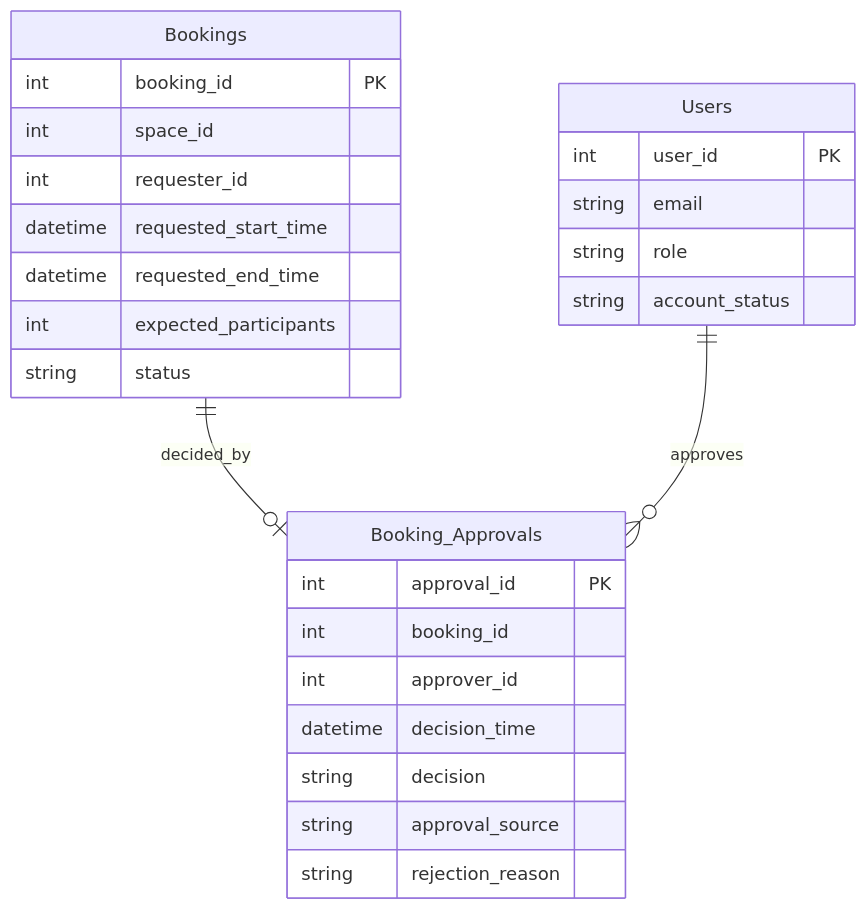
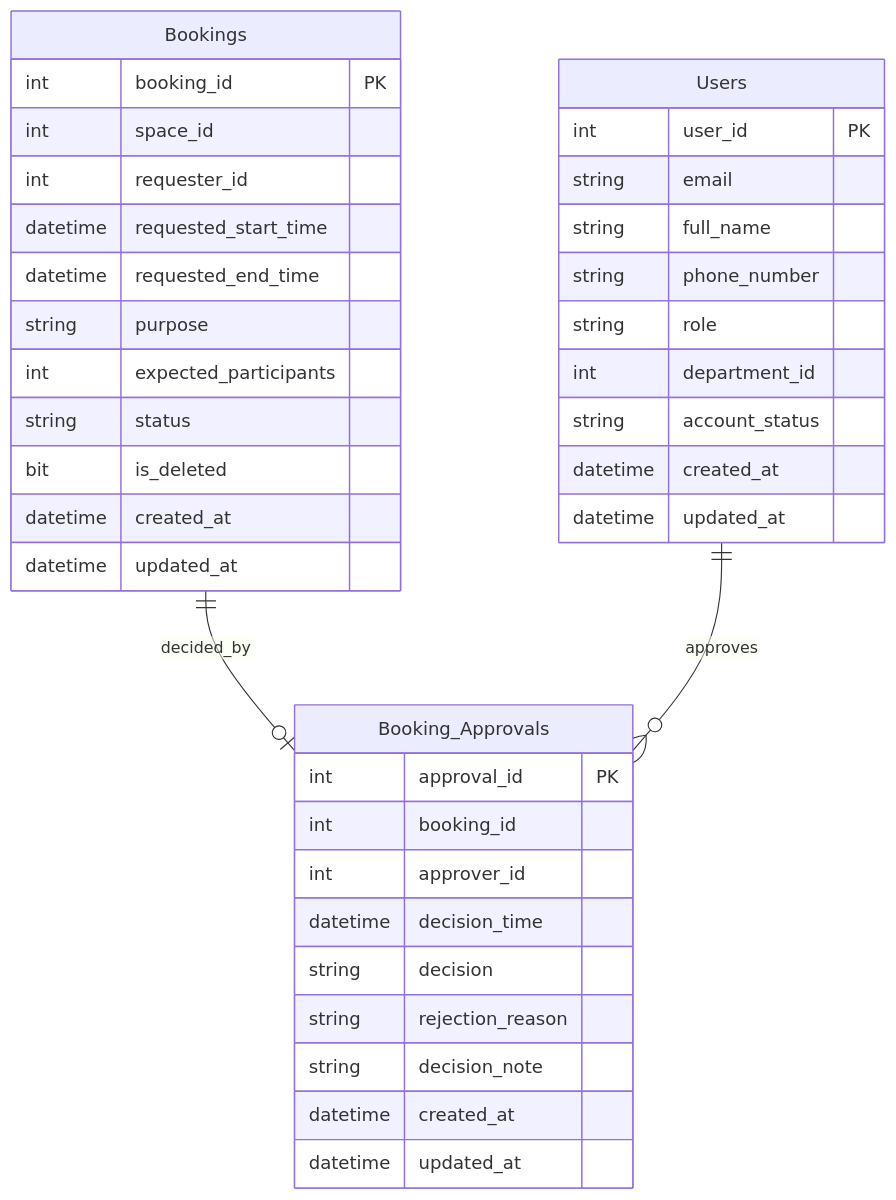
One commit to AmnO-O/CS486-Project changed the second of 2 diagrams in outputs/09-updated-erd-and-logical-design-G05.md. Above: the diagram before and after it, drawn with Mermaid. The commit also changed other lines of this file and 7 other files, not shown here.

First line of the commit message:
Task 09 revision: derive instant-booking origin from approver_id=-1 and align ERD attributes with tables

````diff
--- a/outputs/09-updated-erd-and-logical-design-G05.md
+++ b/outputs/09-updated-erd-and-logical-design-G05.md
@@ -178,32 +198,43 @@
 ```mermaid
 erDiagram
     Bookings {
         int booking_id PK
         int space_id
         int requester_id
         datetime requested_start_time
         datetime requested_end_time
+        string purpose
         int expected_participants
         string status
+        bit is_deleted
+        datetime created_at
+        datetime updated_at
     }
 
     Booking_Approvals {
         int approval_id PK
         int booking_id
         int approver_id
         datetime decision_time
         string decision
-        string approval_source
         string rejection_reason
+        string decision_note
+        datetime created_at
+        datetime updated_at
     }
 
     Users {
         int user_id PK
         string email
+        string full_name
+        string phone_number
         string role
+        int department_id
         string account_status
+        datetime created_at
+        datetime updated_at
     }
 
     Bookings ||--o| Booking_Approvals : "decided_by"
     Users ||--o{ Booking_Approvals : "approves"
 ```
````
